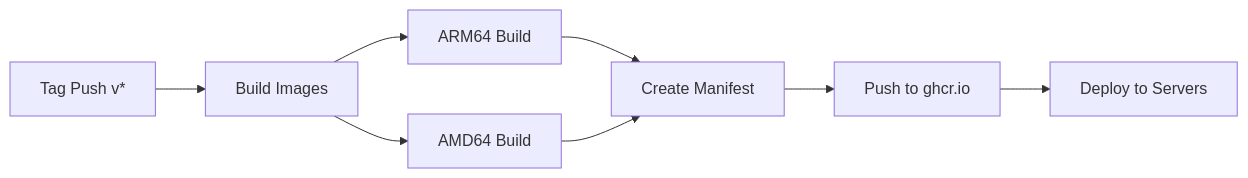
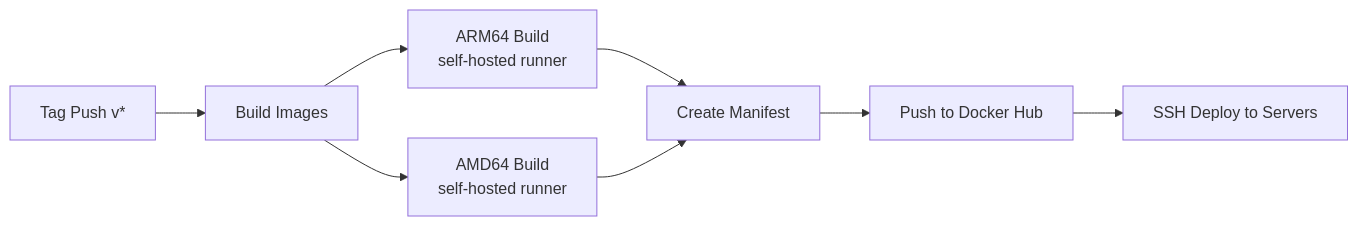
Before and after one commit to lollonet/snapMULTI: the diagram in docs/technology/TECH-003.cicd.md, drawn with Mermaid. The commit also changed other lines of this file and 25 other files, not shown here.

````diff
--- a/docs/technology/TECH-003.cicd.md
+++ b/docs/technology/TECH-003.cicd.md
@@ -24,10 +24,10 @@
 ```mermaid
 flowchart LR
     tag[Tag Push v*] --> build[Build Images]
-    build --> arm64[ARM64 Build]
-    build --> amd64[AMD64 Build]
+    build --> arm64[ARM64 Build<br/>self-hosted runner]
+    build --> amd64[AMD64 Build<br/>self-hosted runner]
     arm64 --> manifest[Create Manifest]
     amd64 --> manifest
-    manifest --> push[Push to ghcr.io]
-    push --> deploy[Deploy to Servers]
+    manifest --> push[Push to Docker Hub]
+    push --> deploy[SSH Deploy to Servers]
 ```
````
